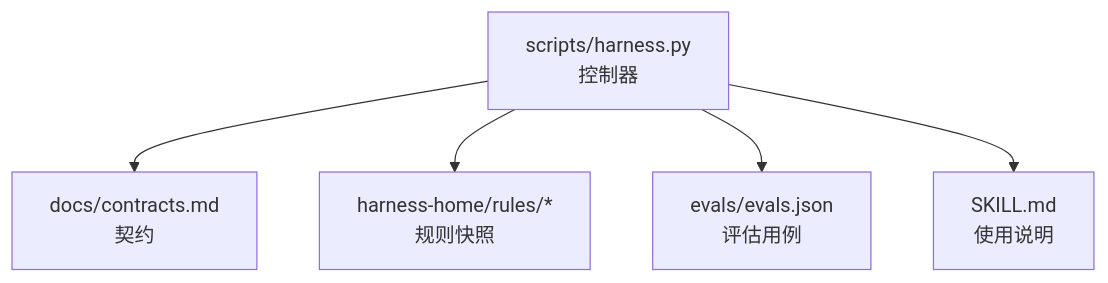
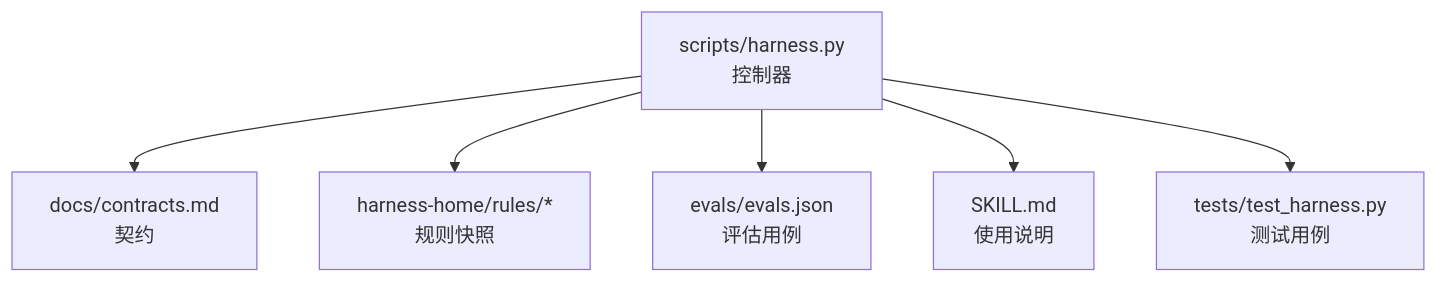
The first of 9 diagrams in .qoder/repowiki/zh/content/任务管理/范围评估与授权.md (HackSing/docs-harness), drawn with Mermaid before and after one commit. The commit also changed other lines of this file and 45 other files, not shown here.

First line of the commit message:
feat(harness): v1.7.6 按变更面选择验证强度、git_commit 受控意图与关键词 Gate 路由移除

````diff
--- a/.qoder/repowiki/zh/content/任务管理/范围评估与授权.md
+++ b/.qoder/repowiki/zh/content/任务管理/范围评估与授权.md
@@ -38,7 +48,8 @@
 ```mermaid
 graph TB
 A["scripts/harness.py<br/>控制器"] --> B["docs/contracts.md<br/>契约"]
 A --> C["harness-home/rules/*<br/>规则快照"]
 A --> D["evals/evals.json<br/>评估用例"]
 A --> E["SKILL.md<br/>使用说明"]
+A --> F["tests/test_harness.py<br/>测试用例"]
 ```
````
